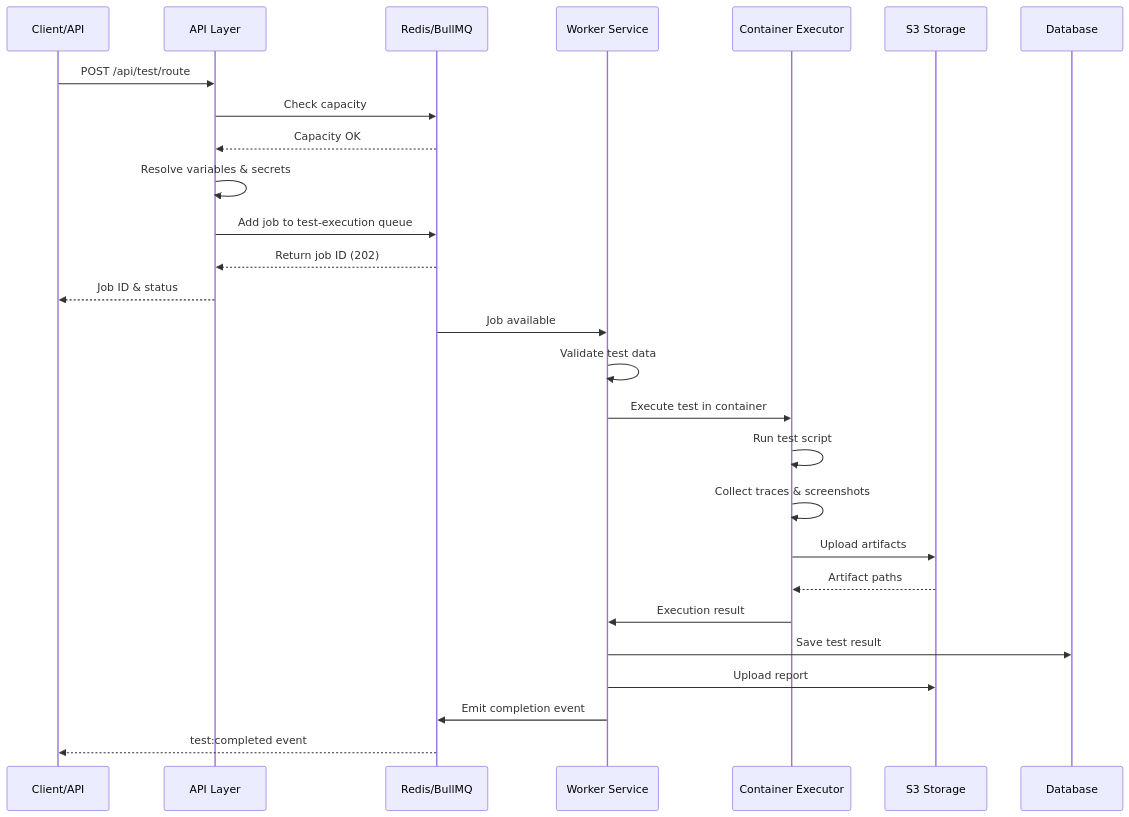
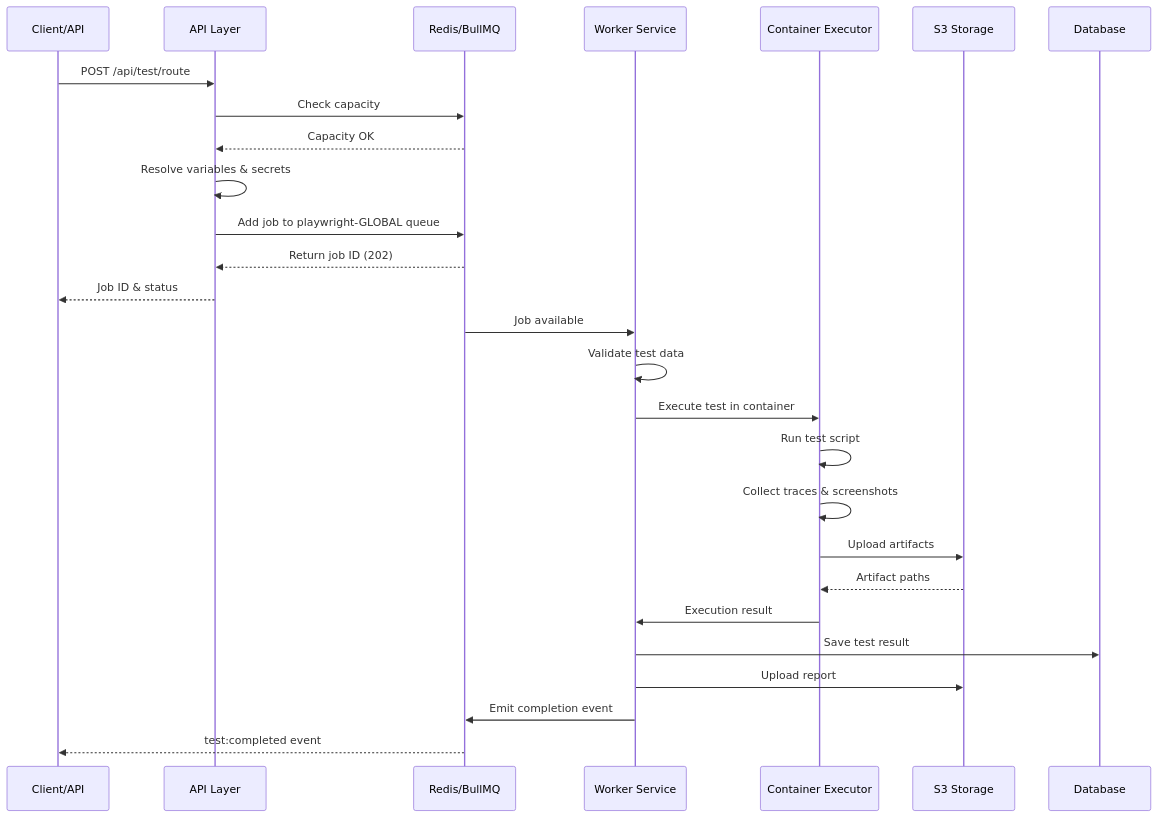
One commit to supercheck-io/supercheck changed the second of 24 diagrams in specs/03-execution/EXECUTION_SYSTEM.md. Above: the diagram before and after it, drawn with Mermaid. The commit also changed other lines of this file and 41 other files, not shown here.

````diff
--- a/specs/03-execution/EXECUTION_SYSTEM.md
+++ b/specs/03-execution/EXECUTION_SYSTEM.md
@@ -119,32 +115,32 @@
 ```mermaid
 sequenceDiagram
     participant Client as Client/API
     participant API as API Layer
     participant Redis as Redis/BullMQ
     participant Worker as Worker Service
     participant Container as Container Executor
     participant S3 as S3 Storage
     participant DB as Database
 
     Client->>API: POST /api/test/route
     API->>Redis: Check capacity
     Redis-->>API: Capacity OK
     API->>API: Resolve variables & secrets
-    API->>Redis: Add job to test-execution queue
+    API->>Redis: Add job to playwright-GLOBAL queue
     Redis-->>API: Return job ID (202)
     API-->>Client: Job ID & status
 
     Redis->>Worker: Job available
     Worker->>Worker: Validate test data
     Worker->>Container: Execute test in container
     Container->>Container: Run test script
     Container->>Container: Collect traces & screenshots
     Container->>S3: Upload artifacts
     S3-->>Container: Artifact paths
     Container->>Worker: Execution result
 
     Worker->>DB: Save test result
     Worker->>S3: Upload report
     Worker->>Redis: Emit completion event
     Redis-->>Client: test:completed event
 ```
````
